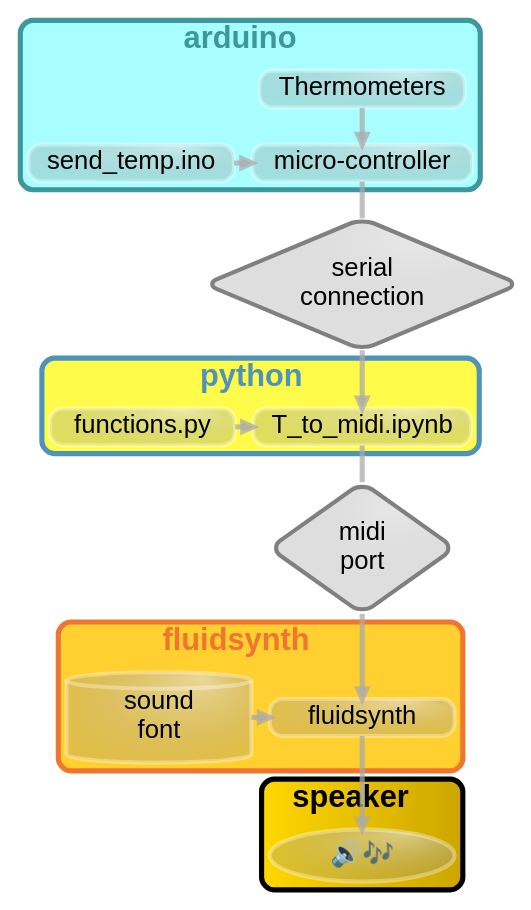
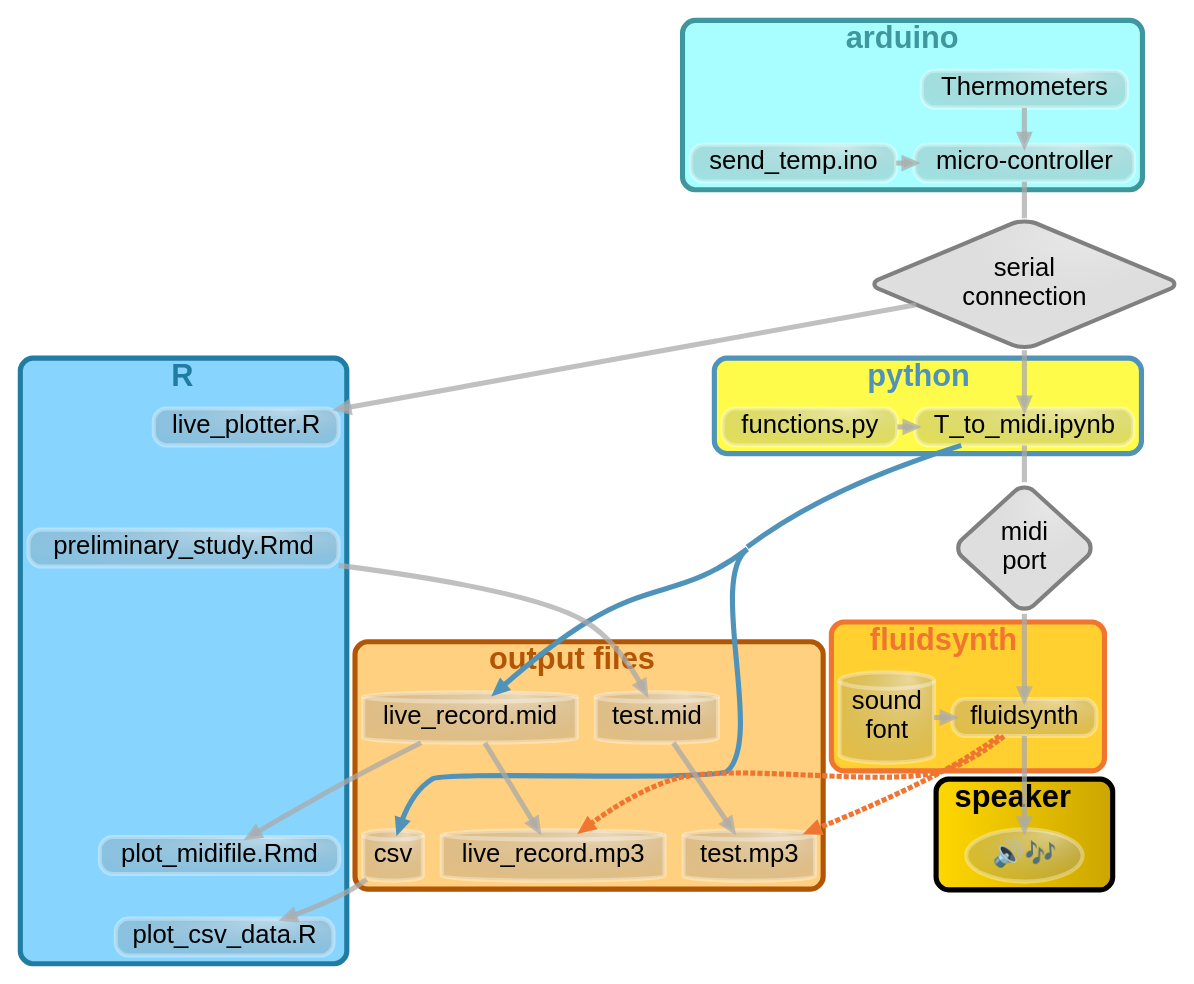
Before and after one commit to urswilke/urssblogg: the diagram in content/post/2020-11-19-synthesizing-temperature-measurements-into-sound/graph_complete.gv, drawn with Graphviz. The commit also changed 3 other files, not shown here.

```diff
--- a/content/post/2020-11-19-synthesizing-temperature-measurements-into-sound/graph_complete.gv
+++ b/content/post/2020-11-19-synthesizing-temperature-measurements-into-sound/graph_complete.gv
@@ -20,7 +20,7 @@
     fontsize=25,
     penwidth=4, 
     color = "#ffffff55",
-    width = 2.5
+    
   ];
   edge [
     fontname = "helvetica", 
@@ -106,7 +106,48 @@
     sf2 -> fluidsynth;
     {rank=same; fluidsynth sf2}
   }
-  
+  subgraph cluster_output_files {
+  label = < <B>output files</B> >;
+  fontsize = 30;
+  bgcolor = "#ffd080" 
+  color = "#b25605" 
+  fontcolor = "#b25605" 
+  midifile [
+    shape = cylinder,
+    label = "live_record.mid",
+    tooltip = "midi file written by T_to_midi.ipynb",
+    URL = "https://gitlab.com/urswilke/chaos_machine_code/-/tree/master/python/recorded_data/"
+  ];
+  prelim_mp3 [
+    label = "test.mp3"
+    shape = cylinder;
+    tooltip = "resulting mp3 file, when the midifile test.mid is rendered by fluidsynth with the specified soundfont",
+    URL = "https://gitlab.com/urswilke/chaos_machine_code/-/tree/master/R/preliminary_study/"
+  ];
+  mp3 [
+    label = "live_record.mp3"
+    shape = cylinder;
+    tooltip = "resulting mp3 file, when the midifile live_record.mid (written by T_to_midi.ipynb) is rendered by fluidsynth with the specified soundfont"
+    URL = "https://gitlab.com/urswilke/chaos_machine_code/-/tree/master/python/recorded_data/"
+  ];
+  csv [shape = cylinder];
+  prelim_audio [
+    shape=cylinder, 
+    label="test.mid",
+    tooltip = "midi file written by preliminary_study.Rmd",
+    URL = "https://gitlab.com/urswilke/chaos_machine_code/-/tree/master/R/preliminary_study/"
+  ]
+  prelim_audio -> prelim_mp3
+  midifile -> mp3
+
+
+  {rank=same;prelim_audio, midifile}
+}
+python -> csv [color = "#4f93ba"];
+python -> midifile [color = "#4f93ba"];
+fluidsynth -> mp3 [style = dashed, color = "#f07531"]
+fluidsynth -> prelim_mp3 [style = dashed, color = "#f07531"]
+
   
   mp -> fluidsynth [ weight = 100]
   mc -> sc [
@@ -120,7 +161,7 @@
     color=grey, 
     shape=diamond,
     tooltip = "The serial string sent from the arduino is of the following format:
-S: 1, ID: 40255662332332138251, T: 26.88; S: 2, ID: 402552102282332138209, T: 26.25; S: 3, ID: 402551932392332138119, T: 26.38; S: 4, ID: 4025514153413227192, T: 26.62; S: 5, ID: 402552272422332138169, T: 22.62",
+S: 1, ID: 40255662332332138251, T: 23.50; S: 2, ID: 402552102282332138209, T: 23.50; S: 3, ID: 402551932392332138119, T: 23.75; S: 4, ID: 4025514153413227192, T: 22.75; S: 5, ID: 402552272422332138169, T: 22.62",
     URL = "https://gitlab.com/urswilke/chaos_machine_code/-/tree/master/python/recorded_data/serial_string.txt"
   ];
   mp [
@@ -143,7 +184,64 @@
   }
   
 
+  subgraph cluster_R {
+  # https://stackoverflow.com/questions/6824431/placing-clusters-on-the-same-rank-in-graphviz
+  label = < <B>R</B> >;
+  fontsize = 30;
+  bgcolor = "#87d5ff"
+  color = "#217ca3"
+  fontcolor = "#217ca3"
+  newrank=true;
+  csv -> "plot_csv_data.R";
+  "plot_midifile.Rmd" [
+    shape=box, 
+    URL = "https://gitlab.com/urswilke/chaos_machine_code/-/tree/master/R/plot_midifile/plot_midifile.md"
+    tooltip = "In this document, a piano roll visualization is produced of the midifile written at the end of the python notebook. And I will promote the two packages I wrote:
+* The python package [miditapyr](https://github.com/urswilke/miditapyr/) can tabulate midifile data (read in by [mido](github.com/mido/mido)) in dataframes.
+* The R package [pyramidi](https://github.com/urswilke/pyramidi/) can transform these dataframes to a wide format that allows for an easy way to plot piano roll plots."
+  ]
+  "plot_csv_data.R" [
+    shape=box, 
+    tooltip = "plot the data in the csv files written in python/T_to_midi.ipynb"
+    URL = "https://gitlab.com/urswilke/chaos_machine_code/-/tree/master/R/plot_csv_data/plot_csv_data.md"
+  ]
+  plotter [
+    label = "live_plotter.R",
+    shape=box, 
+    tooltip = "script to plot the serial data in real time",
+    URL = "https://gitlab.com/urswilke/chaos_machine_code/-/tree/master/R/live_plotter/live_plotter.R"
+  ]
+  #&#8226; after the real-time loop, csv, midi and mp3 files are generated<br ALIGN = "LEFT"/>
+  prelim [
+    shape=box, 
+    label="preliminary_study.Rmd", 
+    URL="https://gitlab.com/urswilke/chaos_machine_code/-/tree/master/R/preliminary_study/preliminary_study.md"
+    tooltip="This is a preliminary study to translate temperature measurements into sound. 
+* Fake temperaure curves are generated
+* pairwise differences are calculated
+* these differnces are mapped to midi notes 
+* this information is saved to a midi file
+* which is synthesized to an audiofile"
+  ];
+  #  {rank=same; midifile [group = g3] csv [group = g3] }
+  edge[style=invis];
+  python -> plotter;
+  plotter -> prelim;
+  prelim -> "plot_midifile.Rmd";
+  "plot_midifile.Rmd" -> "plot_csv_data.R";
+  "plot_midifile.Rmd" -> "plot_csv_data.R";
+}
+
+{rank=same; python plotter}
+#{rank=same; prelim prelim_audio}
+sc -> plotter;
+midifile -> "plot_midifile.Rmd"
   
+prelim -> prelim_audio
+edge[style=invis];
+midifile -> csv;
+
+
   
   # mc -> sc [ weight = 100, style=invis]
   # python -> mp [ weight = 100, style=invis]
```
